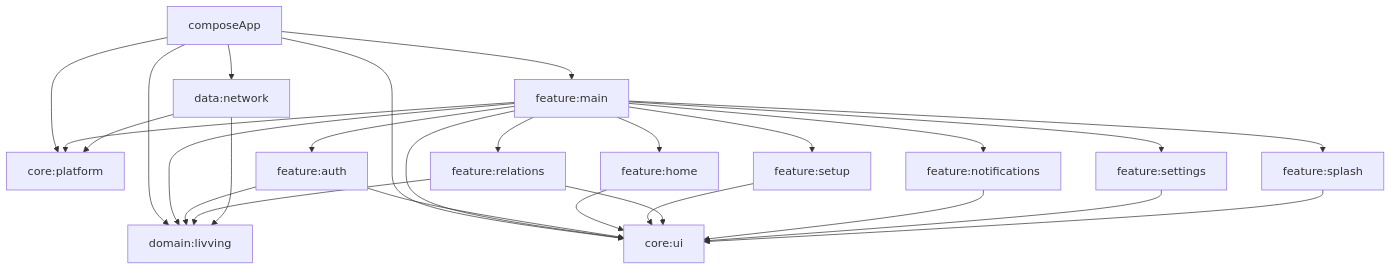
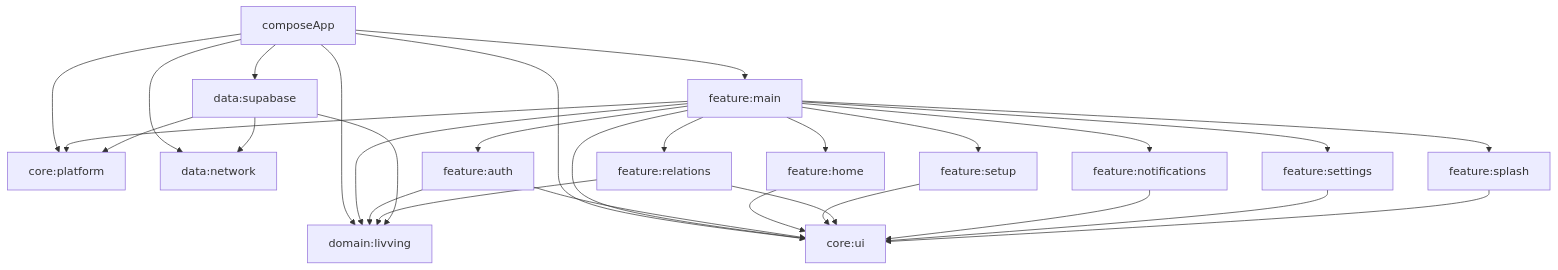
Before and after one commit to mrohseungjun/livving: the diagram in README.md, drawn with Mermaid. The commit also changed other lines of this file and 20 other files, not shown here.

Commit message:
refactor: split supabase data module

````diff
--- a/README.md
+++ b/README.md
@@ -34,32 +34,34 @@
 ```mermaid
 graph TD
     composeApp --> feature_main[feature:main]
     composeApp --> core_ui[core:ui]
     composeApp --> core_platform[core:platform]
     composeApp --> domain_livving[domain:livving]
     composeApp --> data_network[data:network]
+    composeApp --> data_supabase[data:supabase]
 
     feature_main --> feature_auth[feature:auth]
     feature_main --> feature_home[feature:home]
     feature_main --> feature_setup[feature:setup]
     feature_main --> feature_relations[feature:relations]
     feature_main --> feature_notifications[feature:notifications]
     feature_main --> feature_settings[feature:settings]
     feature_main --> feature_splash[feature:splash]
     feature_main --> domain_livving
     feature_main --> core_platform
     feature_main --> core_ui
 
     feature_auth --> core_ui
     feature_auth --> domain_livving
     feature_home --> core_ui
     feature_setup --> core_ui
     feature_relations --> core_ui
     feature_relations --> domain_livving
     feature_notifications --> core_ui
     feature_settings --> core_ui
     feature_splash --> core_ui
 
-    data_network --> domain_livving
-    data_network --> core_platform
+    data_supabase --> data_network
+    data_supabase --> domain_livving
+    data_supabase --> core_platform
 ```
````
